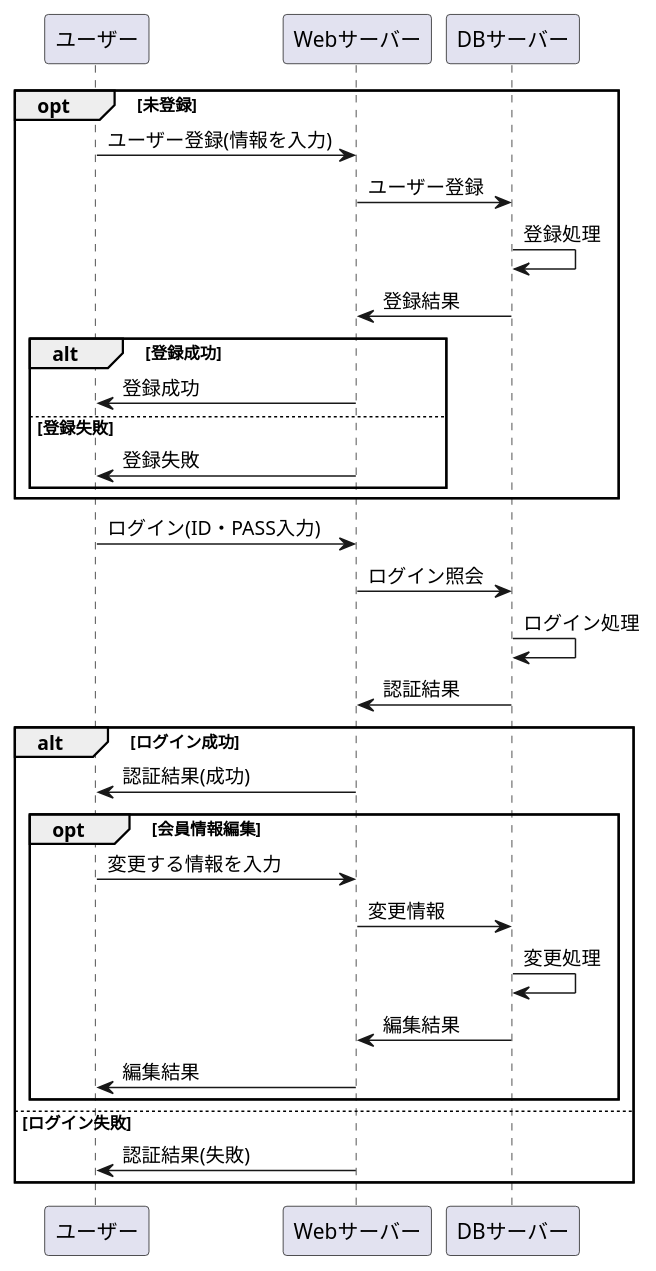
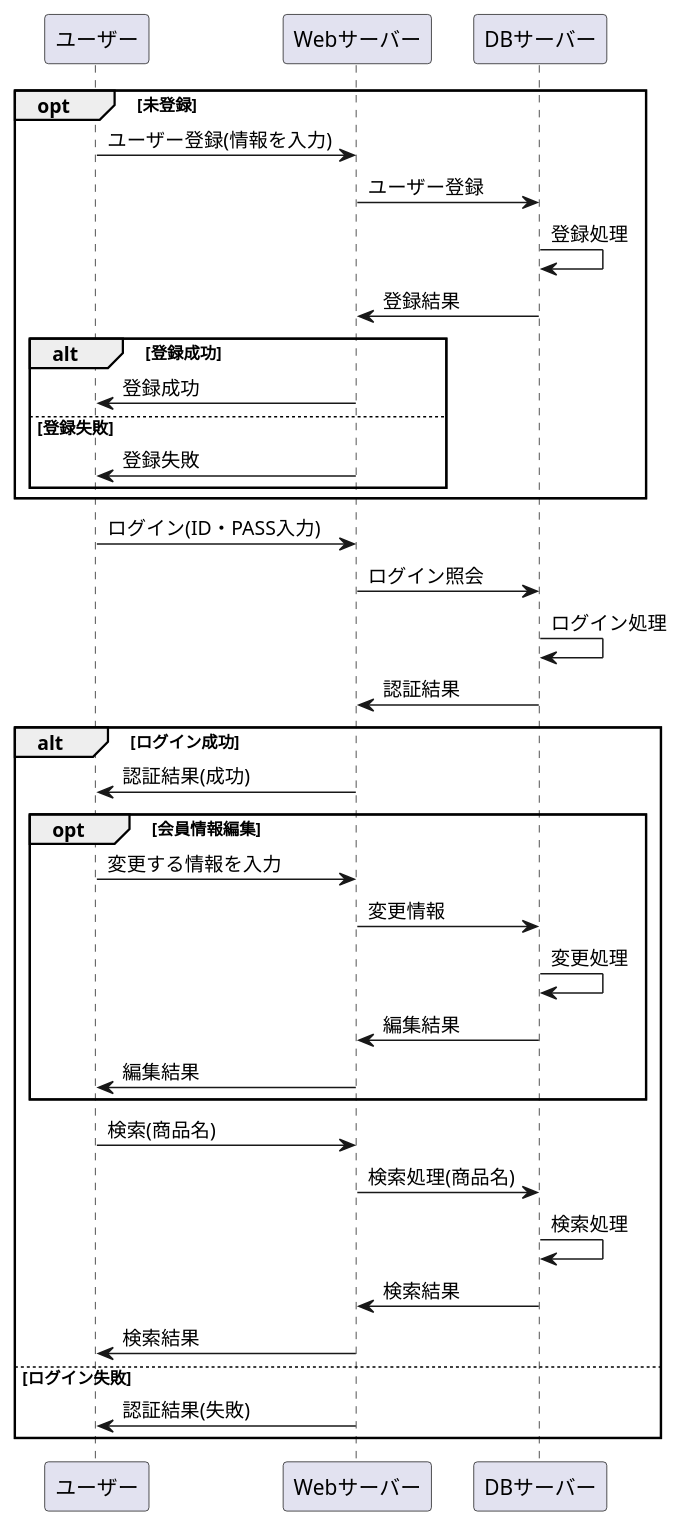
Before and after one commit to Aso2001227/Aso-Sports-1: the diagram in 設計書/02_業務フロー/business-flow-check.md, drawn with PlantUML.

````diff
--- a/設計書/02_業務フロー/business-flow-check.md
+++ b/設計書/02_業務フロー/business-flow-check.md
@@ -1,40 +1,47 @@
 ```uml
 @startuml
 opt 未登録
 ユーザー -> Webサーバー : ユーザー登録(情報を入力)
 Webサーバー -> DBサーバー : ユーザー登録
 DBサーバー -> DBサーバー : 登録処理
 DBサーバー -> Webサーバー : 登録結果
 
 
 
 
 
 
 
 alt 登録成功
 Webサーバー -> ユーザー : 登録成功
 else 登録失敗
 Webサーバー -> ユーザー : 登録失敗
 end
 end
 
 ユーザー -> Webサーバー : ログイン(ID・PASS入力)
 Webサーバー -> DBサーバー : ログイン照会
 DBサーバー -> DBサーバー : ログイン処理
 DBサーバー -> Webサーバー : 認証結果
 
 alt ログイン成功
 Webサーバー -> ユーザー : 認証結果(成功)
 opt 会員情報編集
 ユーザー -> Webサーバー : 変更する情報を入力
 Webサーバー -> DBサーバー :変更情報
 DBサーバー -> DBサーバー : 変更処理
 DBサーバー -> Webサーバー : 編集結果
 Webサーバー -> ユーザー : 編集結果
 end
+
+ユーザー -> Webサーバー : 検索(商品名)
+Webサーバー -> DBサーバー : 検索処理(商品名)
+DBサーバー -> DBサーバー : 検索処理
+DBサーバー -> Webサーバー : 検索結果
+Webサーバー -> ユーザー : 検索結果
+
 else ログイン失敗
 Webサーバー -> ユーザー : 認証結果(失敗)
 end
 @enduml
 ```
````
